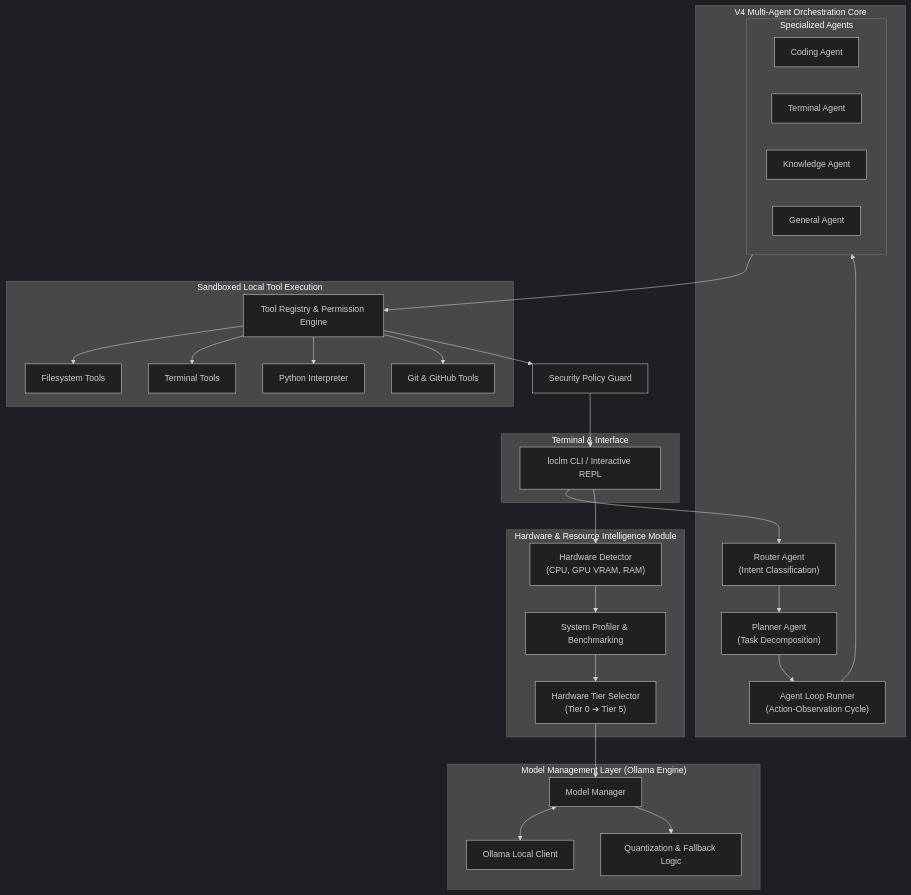
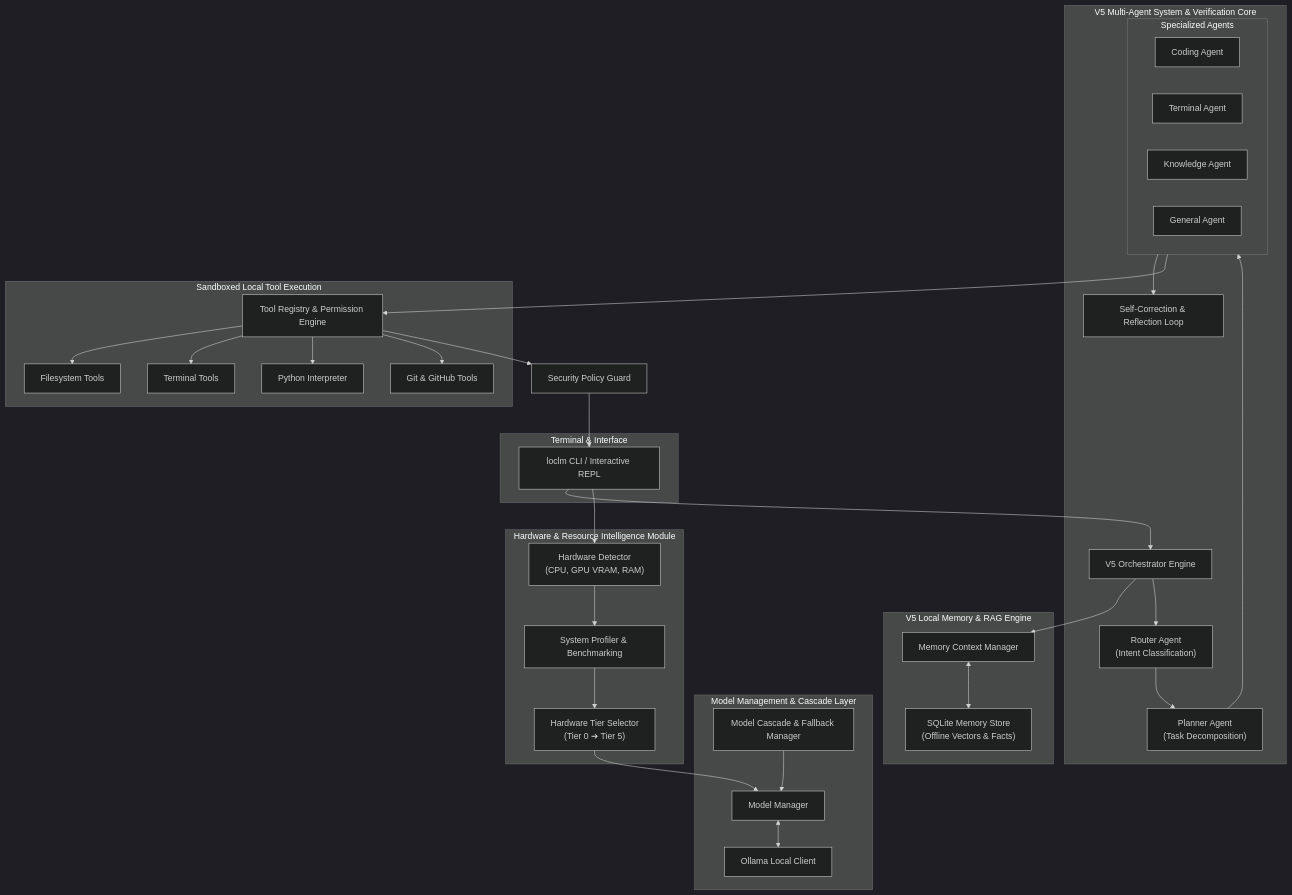
One commit to ashutoshsahuuu09/LocLM changed the diagram in README.md. Above: the diagram before and after it, drawn with Mermaid (dark theme). The commit also changed other lines of this file and 26 other files, not shown here.

````diff
--- a/README.md
+++ b/README.md
@@ -44,56 +44,66 @@
 ```mermaid
 flowchart TD
     subgraph UserInterface["Terminal & Interface"]
         CLI["loclm CLI / Interactive REPL"]
     end
 
     subgraph HardwareLayer["Hardware & Resource Intelligence Module"]
         Detector["Hardware Detector<br/>(CPU, GPU VRAM, RAM)"]
         Profiler["System Profiler & Benchmarking"]
         TierSelector["Hardware Tier Selector<br/>(Tier 0 ➔ Tier 5)"]
         
         Detector --> Profiler --> TierSelector
     end
 
-    subgraph ModelLayer["Model Management Layer (Ollama Engine)"]
+    subgraph ModelLayer["Model Management & Cascade Layer"]
         ModelManager["Model Manager"]
+        CascadeManager["Model Cascade & Fallback Manager"]
         OllamaClient["Ollama Local Client"]
-        QuantSelector["Quantization & Fallback Logic"]
         
         ModelManager <--> OllamaClient
-        ModelManager --> QuantSelector
+        CascadeManager --> ModelManager
     end
 
-    subgraph AgentLayer["V4 Multi-Agent Orchestration Core"]
+    subgraph MemoryLayer["V5 Local Memory & RAG Engine"]
+        SQLiteStore["SQLite Memory Store<br/>(Offline Vectors & Facts)"]
+        MemoryManager["Memory Context Manager"]
+        
+        MemoryManager <--> SQLiteStore
+    end
+
+    subgraph AgentLayer["V5 Multi-Agent System & Verification Core"]
+        V5Orchestrator["V5 Orchestrator Engine"]
         Router["Router Agent<br/>(Intent Classification)"]
         Planner["Planner Agent<br/>(Task Decomposition)"]
-        Runner["Agent Loop Runner<br/>(Action-Observation Cycle)"]
+        SelfCorrection["Self-Correction & Reflection Loop"]
         
         subgraph Agents["Specialized Agents"]
             CodingAgent["Coding Agent"]
             TerminalAgent["Terminal Agent"]
             KnowledgeAgent["Knowledge Agent"]
             GeneralAgent["General Agent"]
         end
         
-        Router --> Planner --> Runner
-        Runner --> Agents
+        V5Orchestrator --> MemoryManager
+        V5Orchestrator --> Router --> Planner
+        Planner --> Agents
+        Agents --> SelfCorrection
     end
 
     subgraph ToolLayer["Sandboxed Local Tool Execution"]
         ToolRegistry["Tool Registry & Permission Engine"]
         FSTools["Filesystem Tools"]
         TermTools["Terminal Tools"]
         PyTools["Python Interpreter"]
         GitTools["Git & GitHub Tools"]
         
         ToolRegistry --> FSTools & TermTools & PyTools & GitTools
     end
 
-    CLI --> Router
+    CLI --> V5Orchestrator
     CLI --> Detector
     TierSelector --> ModelManager
     Agents --> ToolRegistry
     ToolRegistry --> SecurityGuard["Security Policy Guard"]
     SecurityGuard --> CLI
 ```
````
